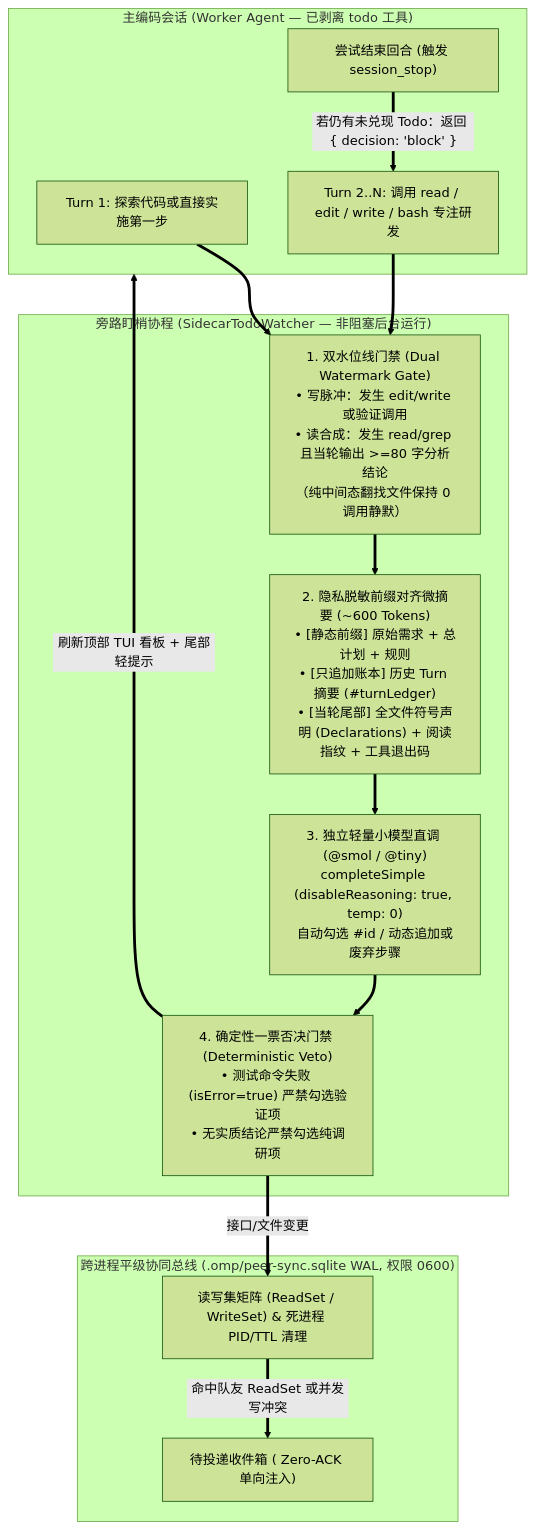
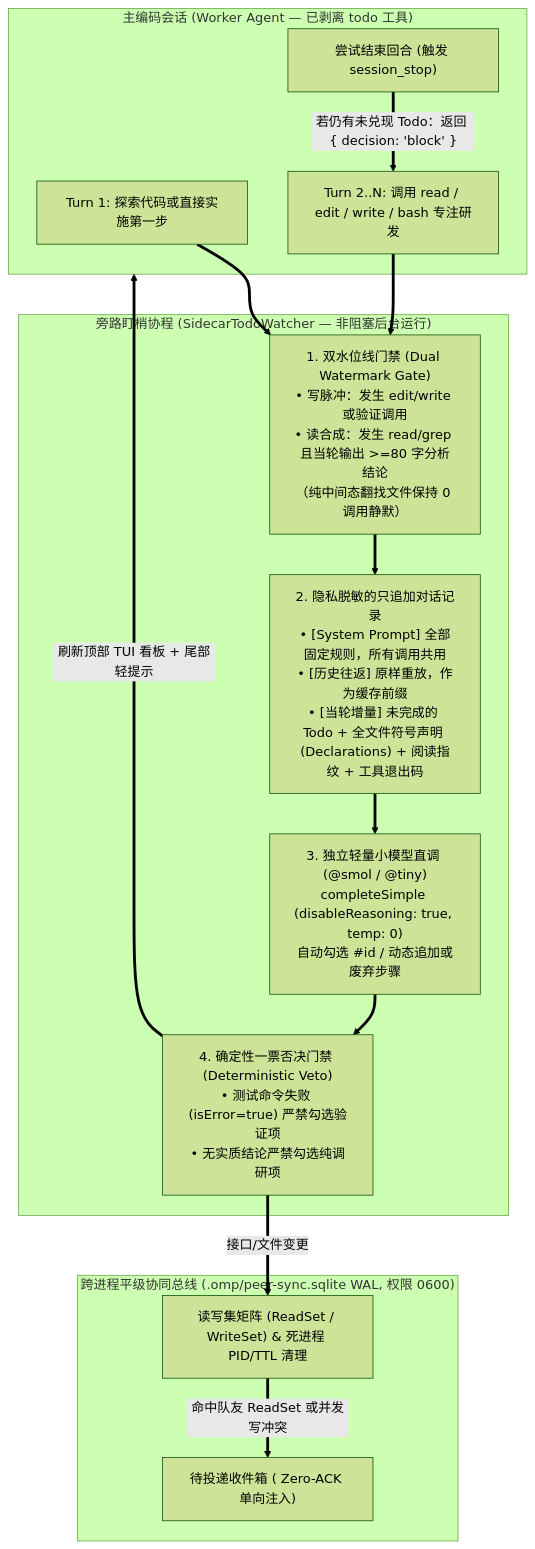
Before and after one commit to MZWNET/omp-sidecar-todo-watcher: the first of 2 diagrams in README.zh-CN.md, drawn with Mermaid (forest theme). The commit also changed other lines of this file and 11 other files, not shown here.

````diff
--- a/README.zh-CN.md
+++ b/README.zh-CN.md
@@ -27,25 +27,25 @@
 ```mermaid
 flowchart TB
   subgraph Main["主编码会话 (Worker Agent — 已剥离 todo 工具)"]
     M1["Turn 1: 探索代码或直接实施第一步"]
     M2["Turn 2..N: 调用 read / edit / write / bash 专注研发"]
     M3["尝试结束回合 (触发 session_stop)"]
   end
 
   subgraph Watcher["旁路盯梢协程 (SidecarTodoWatcher — 非阻塞后台运行)"]
     Gate["1. 双水位线门禁 (Dual Watermark Gate)<br/>• 写脉冲：发生 edit/write 或验证调用<br/>• 读合成：发生 read/grep 且当轮输出 >=80 字分析结论<br/>（纯中间态翻找文件保持 0 调用静默）"]
-    Digest["2. 隐私脱敏前缀对齐微摘要 (~600 Tokens)<br/>• [静态前缀] 原始需求 + 总计划 + 规则<br/>• [只追加账本] 历史 Turn 摘要 (#turnLedger)<br/>• [当轮尾部] 全文件符号声明 (Declarations) + 阅读指纹 + 工具退出码"]
+    Digest["2. 隐私脱敏的只追加对话记录<br/>• [System Prompt] 全部固定规则，所有调用共用<br/>• [历史往返] 原样重放，作为缓存前缀<br/>• [当轮增量] 未完成的 Todo + 全文件符号声明 (Declarations) + 阅读指纹 + 工具退出码"]
     Smol["3. 独立轻量小模型直调 (@smol / @tiny)<br/>completeSimple (disableReasoning: true, temp: 0)<br/>自动勾选 #id / 动态追加或废弃步骤"]
     Veto["4. 确定性一票否决门禁 (Deterministic Veto)<br/>• 测试命令失败 (isError=true) 严禁勾选验证项<br/>• 无实质结论严禁勾选纯调研项"]
   end
 
   subgraph Broker["跨进程平级协同总线 (.omp/peer-sync.sqlite WAL, 权限 0600)"]
     RW["读写集矩阵 (ReadSet / WriteSet) & 死进程 PID/TTL 清理"]
     Inbox["待投递收件箱 (<peer-sync> Zero-ACK 单向注入)"]
   end
 
   M1 & M2 ==> Gate ==> Digest ==> Smol ==> Veto
   Veto ==>|"刷新顶部 TUI 看板 + 尾部轻提示"| Main
   Veto ==>|"接口/文件变更"| RW ==>|"命中队友 ReadSet 或并发写冲突"| Inbox
   M3 ==>|"若仍有未兑现 Todo：返回 { decision: 'block' }"| M2
 ```
````
